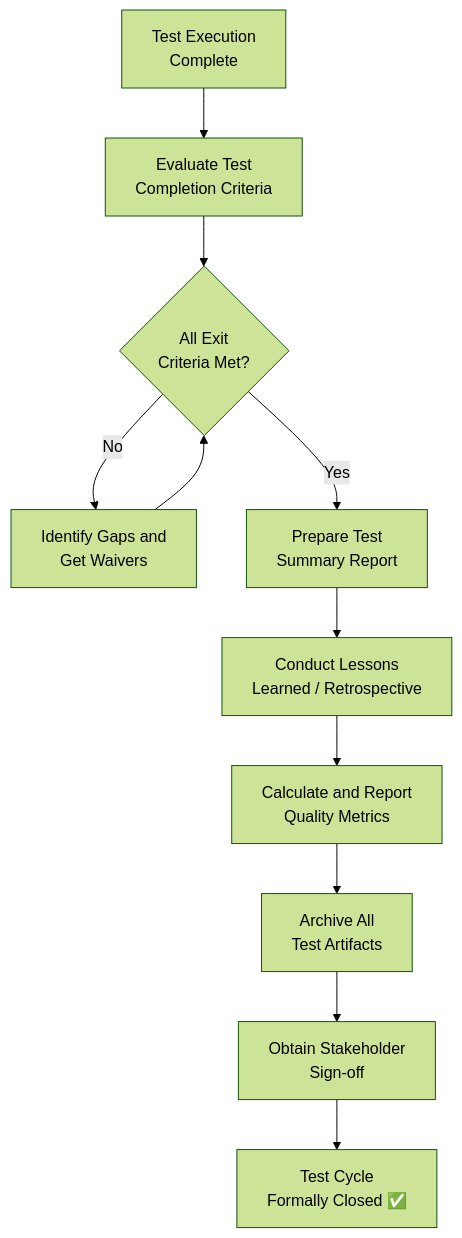
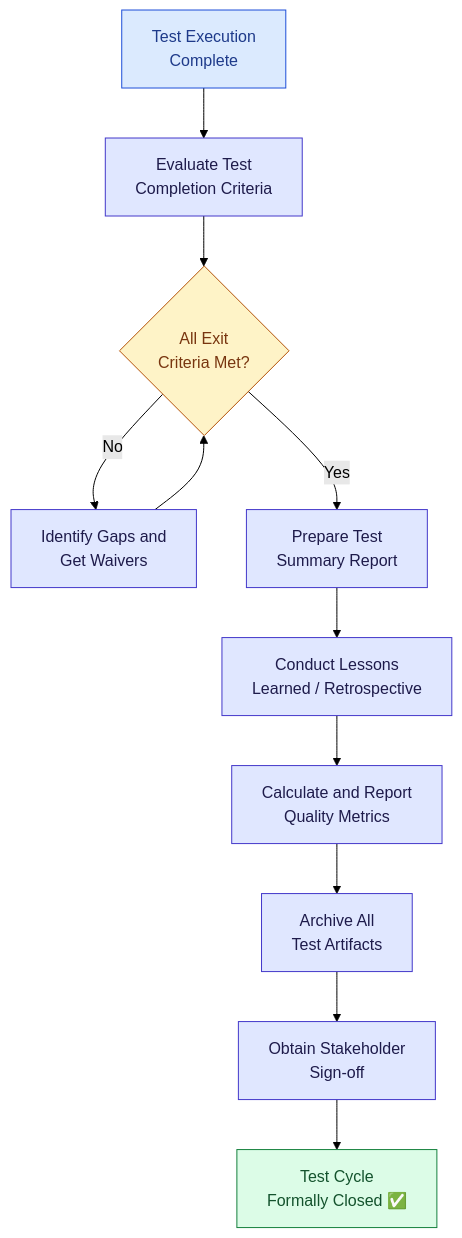
Before and after one commit to ghanendra-sdet/manual-testing-playbook: the ninth of 10 diagrams in Part_03_STLC.md, drawn with Mermaid (forest theme). The commit also changed other lines of this file and 15 other files, not shown here.

Commit message:
Fix broken routes and anchors; update OWASP 2025, ISTQB v4.0, WCAG 2.2, Jira/Zephyr naming and pricing; style diagrams

````diff
--- a/Part_03_STLC.md
+++ b/Part_03_STLC.md
@@ -1813,13 +1888,23 @@
 ```mermaid
 flowchart TD
-    A["Test Execution\nComplete"] --> B["Evaluate Test\nCompletion Criteria"]
-    B --> C{"All Exit\nCriteria Met?"}
-    C -- No --> D["Identify Gaps and\nGet Waivers"]
+    A["Test Execution<br/>Complete"] --> B["Evaluate Test<br/>Completion Criteria"]
+    B --> C{"All Exit<br/>Criteria Met?"}
+    C -- No --> D["Identify Gaps and<br/>Get Waivers"]
     D --> C
-    C -- Yes --> E["Prepare Test\nSummary Report"]
-    E --> F["Conduct Lessons\nLearned / Retrospective"]
-    F --> G["Calculate and Report\nQuality Metrics"]
-    G --> H["Archive All\nTest Artifacts"]
-    H --> I["Obtain Stakeholder\nSign-off"]
-    I --> J["Test Cycle\nFormally Closed ✅"]
+    C -- Yes --> E["Prepare Test<br/>Summary Report"]
+    E --> F["Conduct Lessons<br/>Learned / Retrospective"]
+    F --> G["Calculate and Report<br/>Quality Metrics"]
+    G --> H["Archive All<br/>Test Artifacts"]
+    H --> I["Obtain Stakeholder<br/>Sign-off"]
+    I --> J["Test Cycle<br/>Formally Closed ✅"]
+
+    classDef start fill:#dbeafe,stroke:#1d4ed8,color:#1e3a8a
+    classDef step fill:#e0e7ff,stroke:#4338ca,color:#1e1b4b
+    classDef decision fill:#fef3c7,stroke:#b45309,color:#78350f
+    classDef good fill:#dcfce7,stroke:#15803d,color:#14532d
+    classDef bad fill:#fee2e2,stroke:#b91c1c,color:#7f1d1d
+    class A start
+    class B,D,E,F,G,H,I step
+    class C decision
+    class J good
 ```
````
